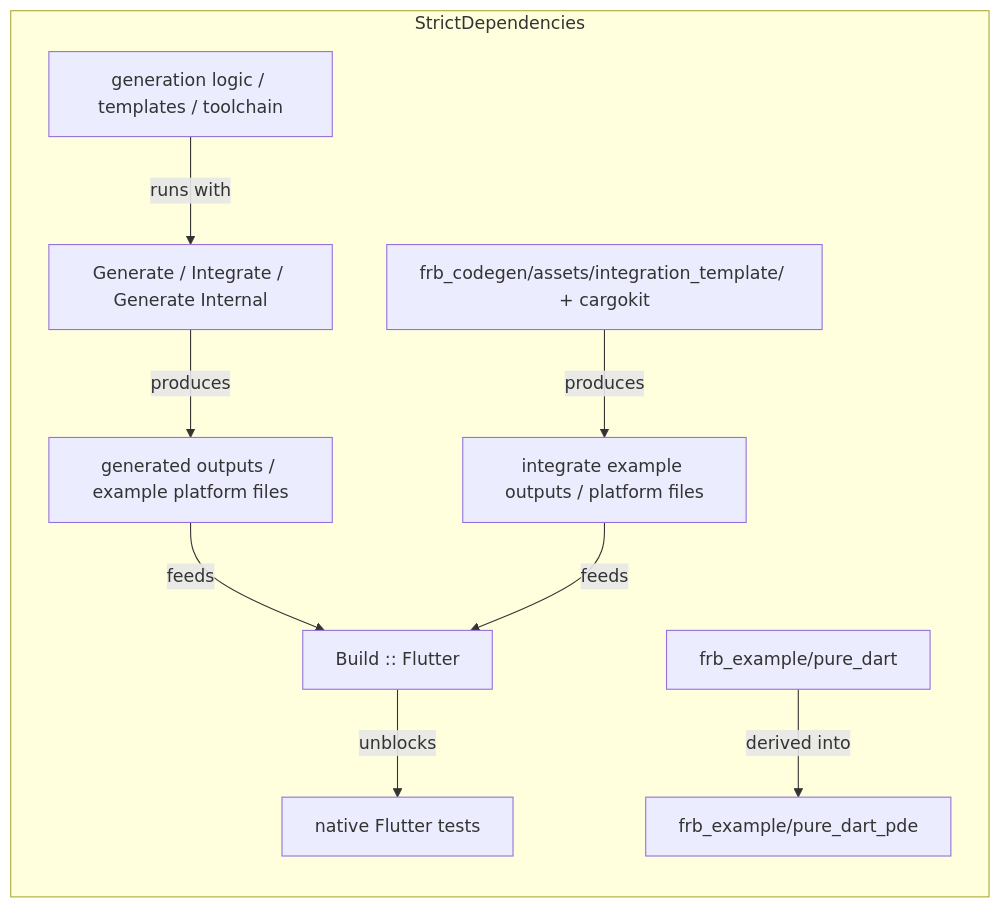
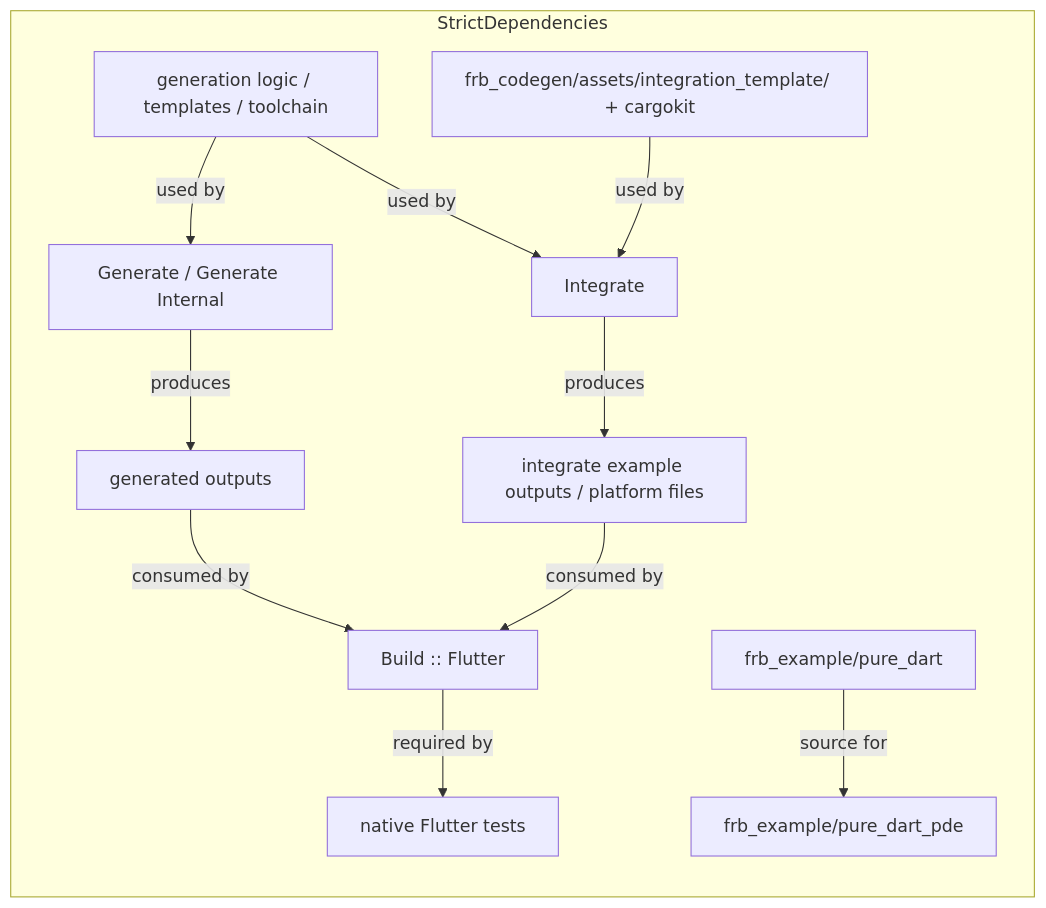
One commit to fzyzcjy/flutter_rust_bridge changed the diagram in .claude/skills/frb-fix-ci/SKILL.md. Above: the diagram before and after it, drawn with Mermaid. The commit also changed other lines of this file, not shown here.

Commit message:
Refine FRB CI dependency graph semantics

````diff
--- a/.claude/skills/frb-fix-ci/SKILL.md
+++ b/.claude/skills/frb-fix-ci/SKILL.md
@@ -43,22 +43,25 @@
 ```mermaid
 flowchart LR
     subgraph StrictDependencies
         Tooling["generation logic / templates / toolchain"]
-        Generate["Generate / Integrate / Generate Internal"]
-        Outputs["generated outputs / example platform files"]
+        Codegen["Generate / Generate Internal"]
+        Outputs["generated outputs"]
         Template["frb_codegen/assets/integration_template/ + cargokit"]
+        Integrate["Integrate"]
         ExampleOutputs["integrate example outputs / platform files"]
         Build["Build :: Flutter"]
         NativeTests["native Flutter tests"]
         PureDart["frb_example/pure_dart"]
         PureDartPde["frb_example/pure_dart_pde"]
 
-        Tooling -->|runs with| Generate
-        Generate -->|produces| Outputs
-        Template -->|produces| ExampleOutputs
-        Outputs -->|feeds| Build
-        ExampleOutputs -->|feeds| Build
-        Build -->|unblocks| NativeTests
-        PureDart -->|derived into| PureDartPde
+        Tooling -->|used by| Codegen
+        Tooling -->|used by| Integrate
+        Codegen -->|produces| Outputs
+        Template -->|used by| Integrate
+        Integrate -->|produces| ExampleOutputs
+        Outputs -->|consumed by| Build
+        ExampleOutputs -->|consumed by| Build
+        Build -->|required by| NativeTests
+        PureDart -->|source for| PureDartPde
     end
 ```
````
